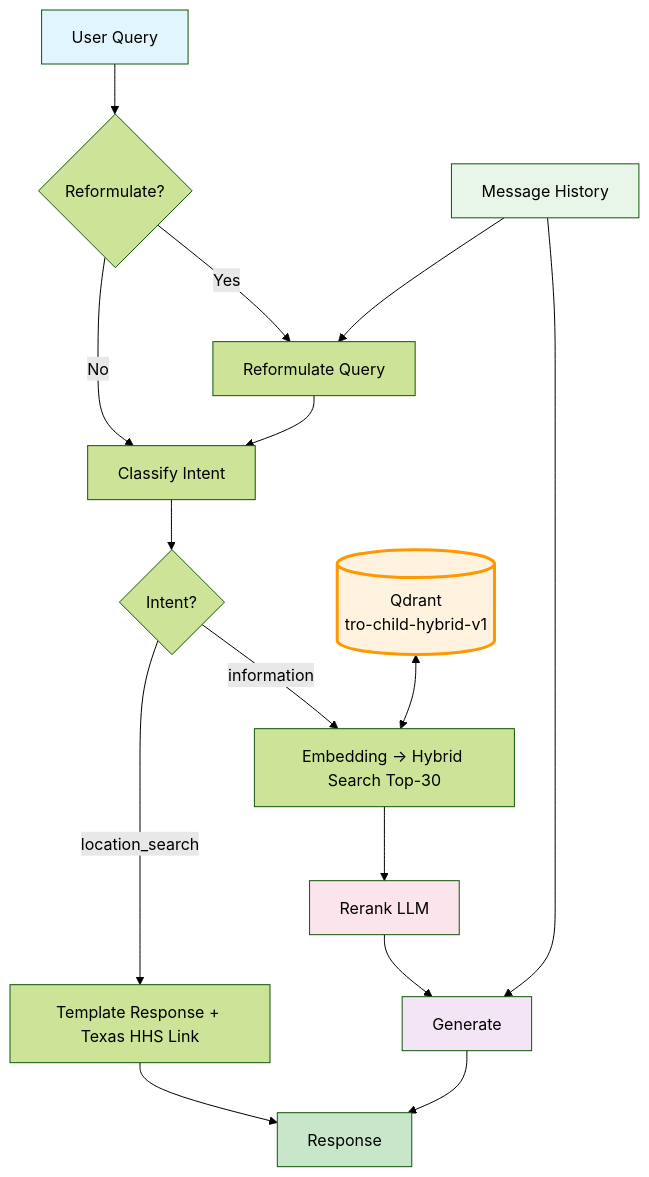
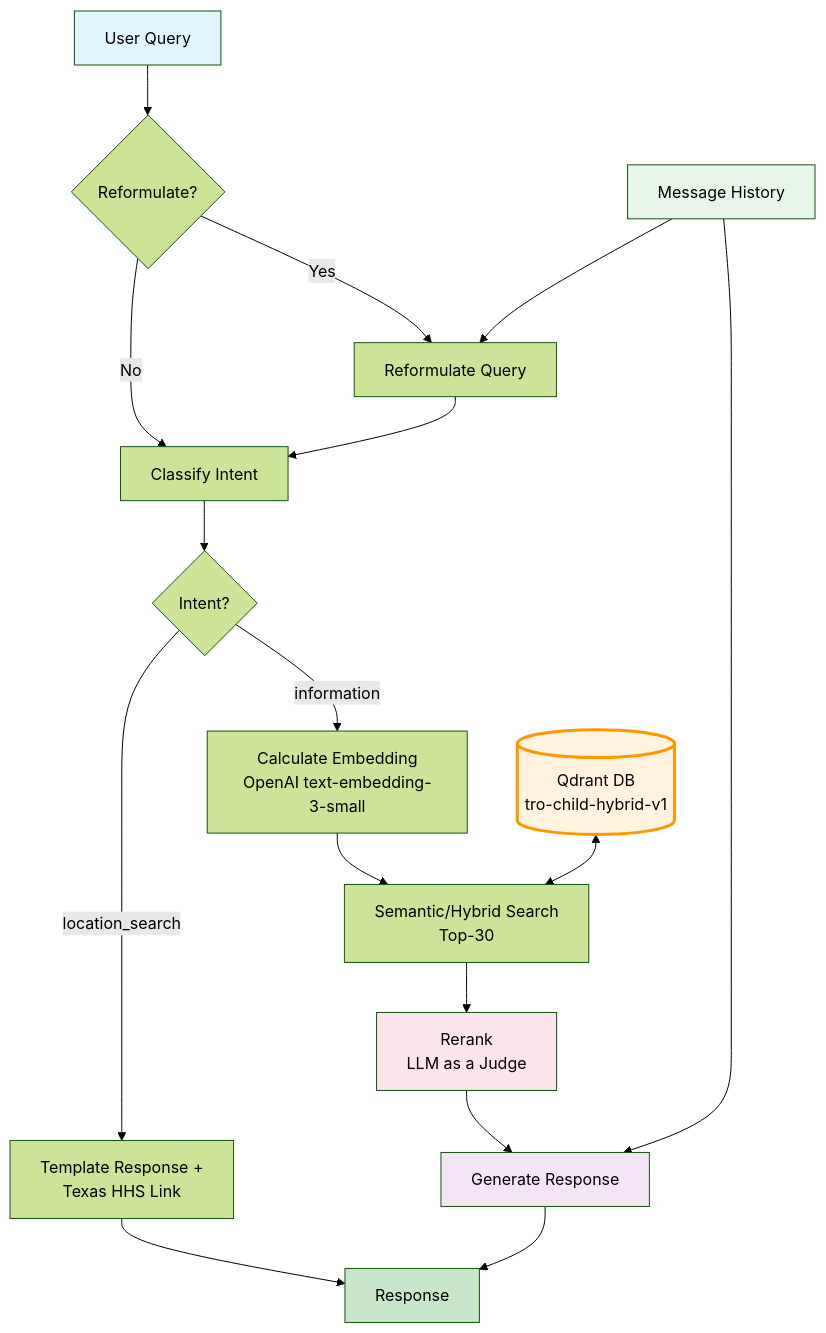
Before and after one commit to techybolek/child: the diagram in SPECS/diagrams/custom-rag-diagram.md, drawn with Mermaid (forest theme).

Commit message:
chore: expand custom-rag diagram with detailed nodes
🤖 Generated with [Claude Code](https://claude.com/claude-code)

````diff
--- a/SPECS/diagrams/custom-rag-diagram.md
+++ b/SPECS/diagrams/custom-rag-diagram.md
@@ -3,24 +3,32 @@
 ```mermaid
 flowchart TD
     A[User Query] --> B{Reformulate?}
+
     B -->|Yes| C[Reformulate Query]
-    B -->|No| D
-    C --> D[Classify Intent]
+    B -->|No| D[Classify Intent]
+    C --> D
 
     D --> E{Intent?}
-    E -->|location_search| F[Template Response + Texas HHS Link] --> Z[Response]
 
-    E -->|information| G[Embedding → Hybrid Search Top-30]
-    QDB[(Qdrant<br/>tro-child-hybrid-v1)] <--> G
-    G --> I[Rerank LLM] --> J[Generate] --> Z
+    E -->|location_search| F[Template Response +<br/>Texas HHS Link]
+    F --> Z[Response]
 
+    E -->|information| G[Calculate Embedding<br/>OpenAI text-embedding-3-small]
+    G --> H[Semantic/Hybrid Search<br/>Top-30]
+    QDB[(Qdrant DB<br/>tro-child-hybrid-v1)] <--> H
+
+    H --> I[Rerank<br/>LLM as a Judge]
+
+    I --> J[Generate Response]
     MEM[Message History] --> C
     MEM --> J
+
+    J --> Z
 
     style A fill:#e1f5fe
     style Z fill:#c8e6c9
     style QDB fill:#fff3e0,stroke:#ff9800,stroke-width:3px
     style I fill:#fce4ec
     style J fill:#f3e5f5
     style MEM fill:#e8f5e9
 ```
````
